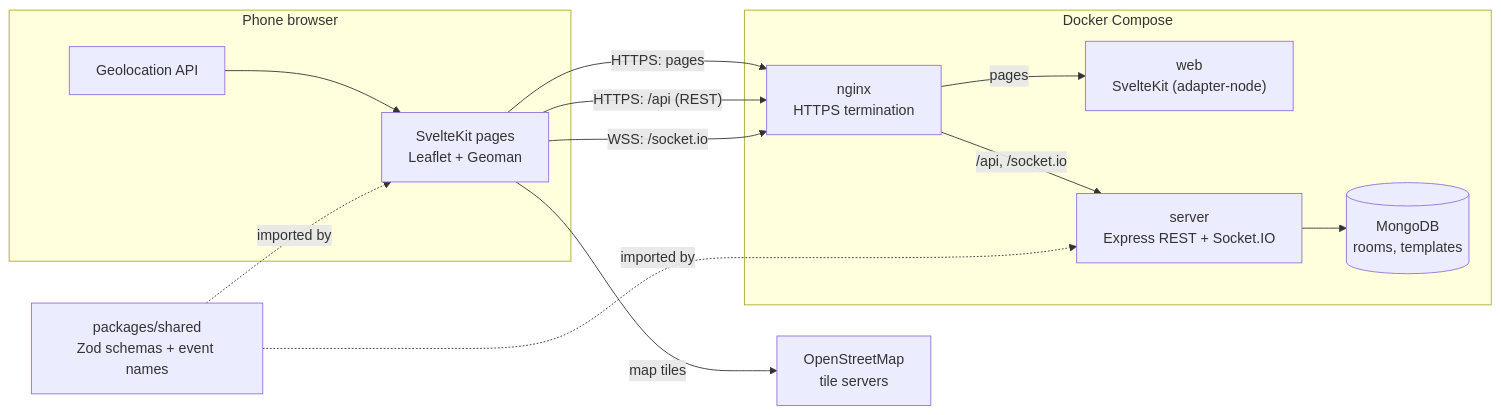
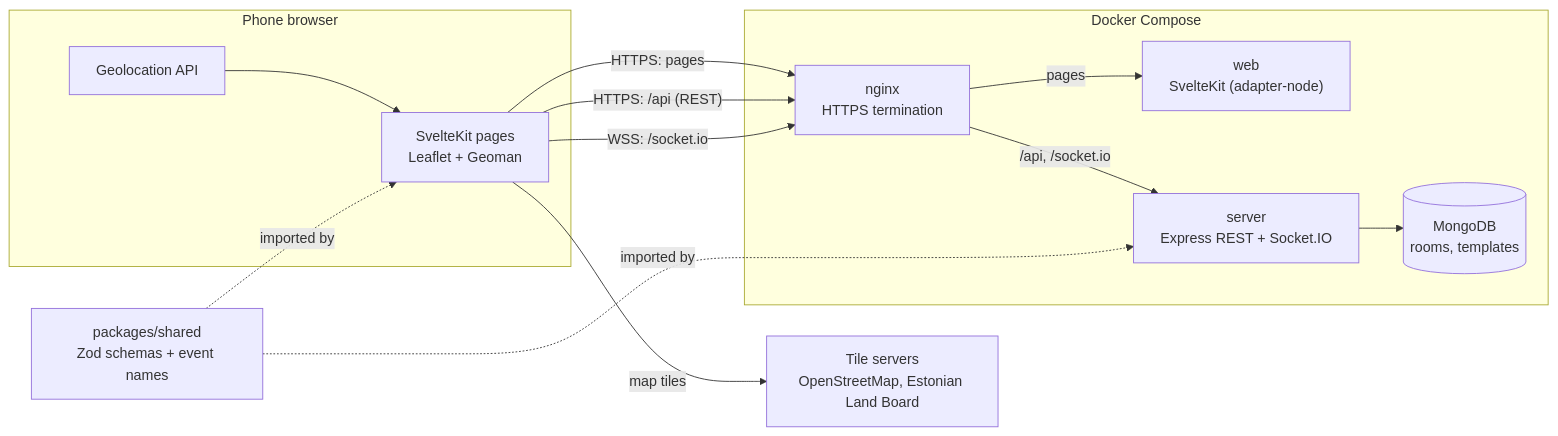
One commit to SaunaCoder/airsoft-tactical-map changed the first of 2 diagrams in README.md. Above: the diagram before and after it, drawn with Mermaid. The commit also changed other lines of this file and 2 other files, not shown here.

Commit message:
Document map layers and drop the done idea from CONSIDER_TO_DO

````diff
--- a/README.md
+++ b/README.md
@@ -33,26 +34,26 @@
 ```mermaid
 flowchart LR
     subgraph phone["Phone browser"]
         ui["SvelteKit pages<br/>Leaflet + Geoman"]
         gps["Geolocation API"]
     end
     subgraph stack["Docker Compose"]
         nginx["nginx<br/>HTTPS termination"]
         web["web<br/>SvelteKit (adapter-node)"]
         server["server<br/>Express REST + Socket.IO"]
         db[("MongoDB<br/>rooms, templates")]
     end
-    osm["OpenStreetMap<br/>tile servers"]
+    osm["Tile servers<br/>OpenStreetMap, Estonian Land Board"]
     shared["packages/shared<br/>Zod schemas + event names"]
 
     gps --> ui
     ui -- "HTTPS: pages" --> nginx
     ui -- "HTTPS: /api (REST)" --> nginx
     ui -- "WSS: /socket.io" --> nginx
     nginx -- "pages" --> web
     nginx -- "/api, /socket.io" --> server
     server --> db
     ui -- "map tiles" --> osm
     shared -. "imported by" .-> ui
     shared -. "imported by" .-> server
 ```
````
